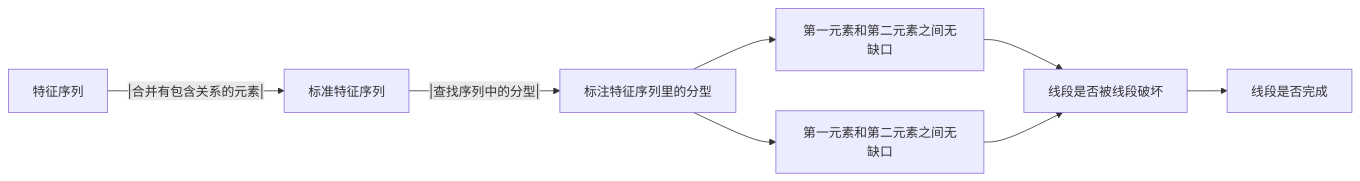
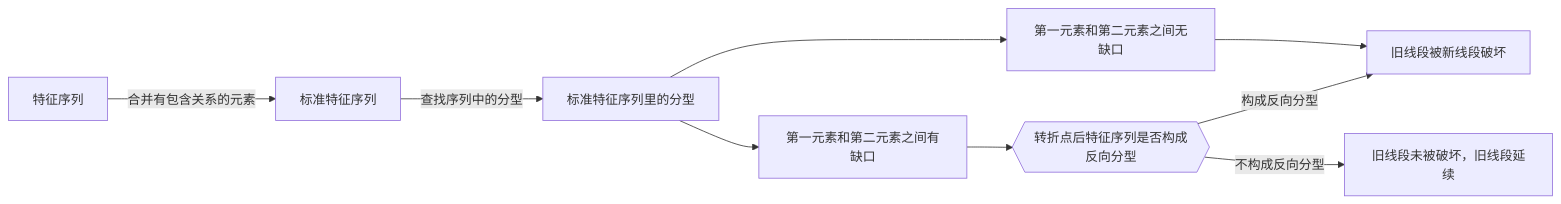
Before and after one commit to ellendan000/book-xp: the diagram in 3-缠论/4-线段.md, drawn with Mermaid. The commit also changed other lines of this file, not shown here.

````diff
--- a/3-缠论/4-线段.md
+++ b/3-缠论/4-线段.md
@@ -30,5 +49,9 @@
 ```mermaid
 graph LR;
-  A[特征序列] --|合并有包含关系的元素|--> B[标准特征序列] --|查找序列中的分型|--> C[标注特征序列里的分型];
-  C --> C1[第一元素和第二元素之间无缺口] & C2[第一元素和第二元素之间无缺口] --> D[线段是否被线段破坏] --> E[线段是否完成];
+  A[特征序列] --合并有包含关系的元素--> B[标准特征序列] --查找序列中的分型--> C[标准特征序列里的分型];
+  C --> C1[第一元素和第二元素之间无缺口] & C2[第一元素和第二元素之间有缺口];
+  C1 --> G[旧线段被新线段破坏];
+  C2 --> E{{转折点后特征序列是否构成反向分型}};
+  E --构成反向分型--> G;
+  E --不构成反向分型--> N[旧线段未被破坏，旧线段延续];
 ```
````
